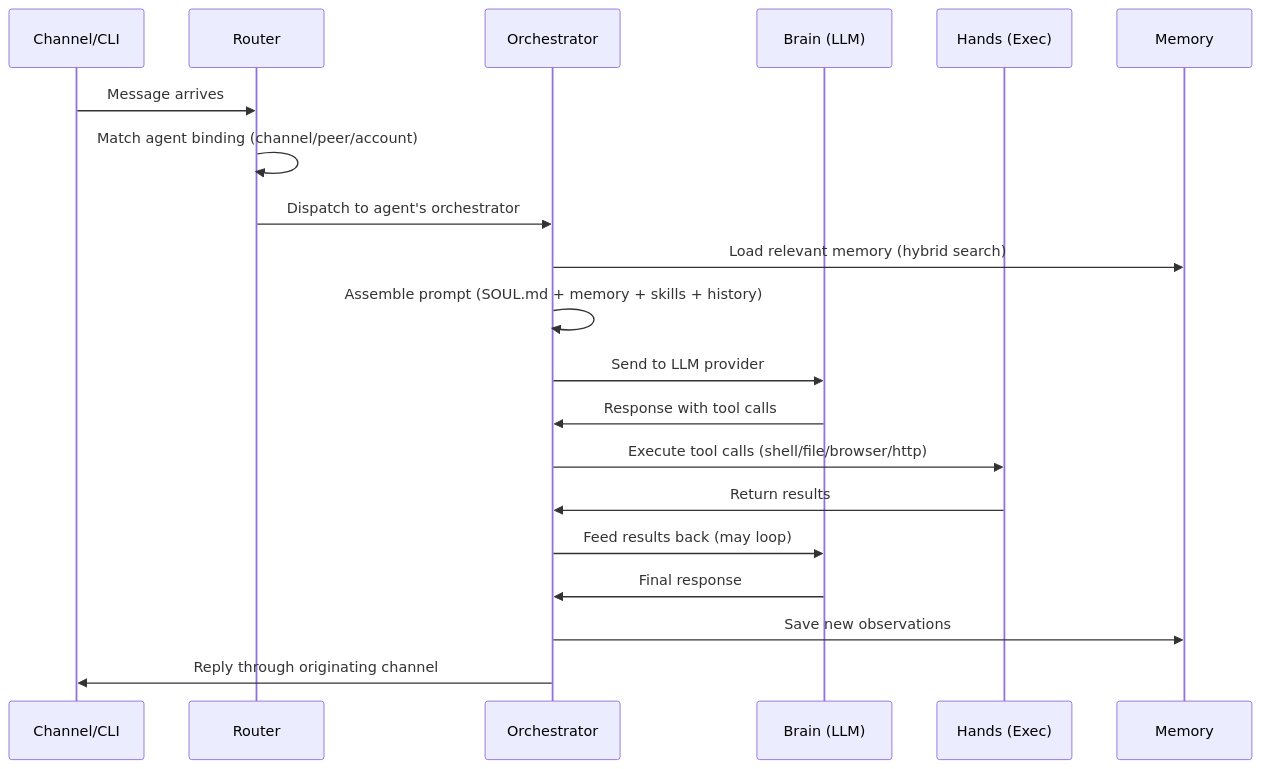
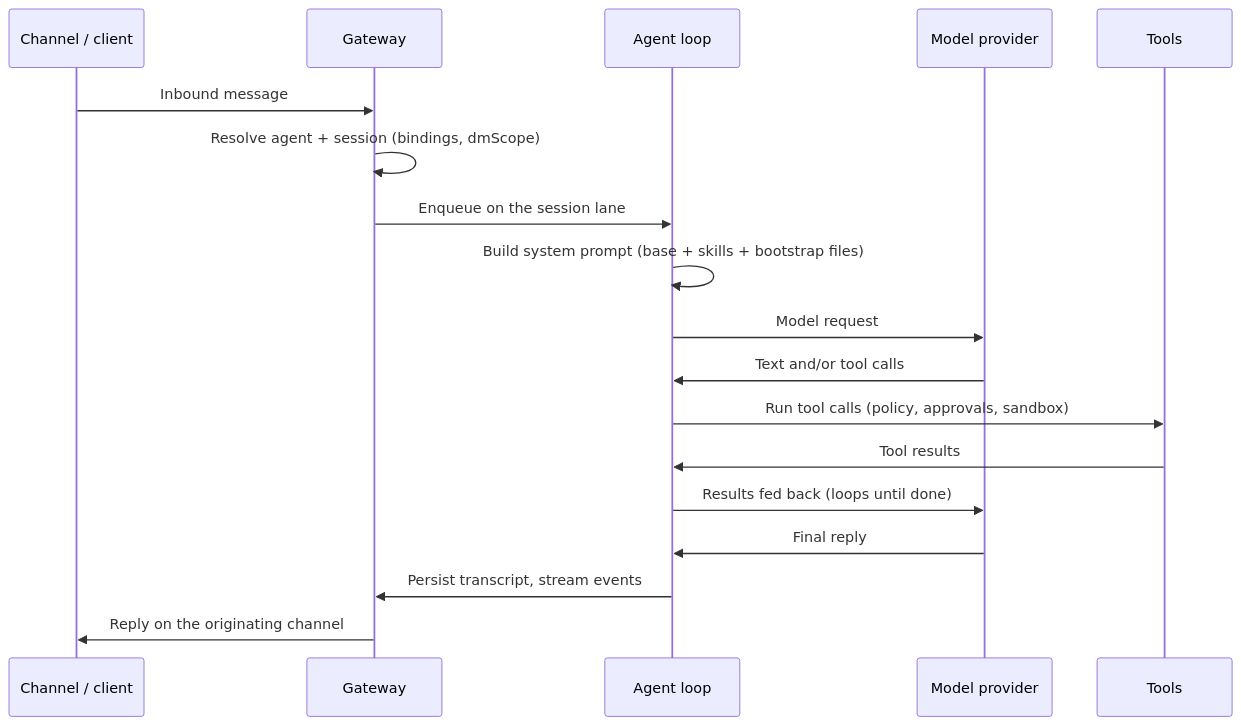
Before and after one commit to clawdocs/clawdocs.github.io: the second of 2 diagrams in docs/architecture/overview.md, drawn with Mermaid. The commit also changed other lines of this file, not shown here.

First line of the commit message:
Rewrite architecture overview onto upstream components and real paths

````diff
--- a/docs/architecture/overview.md
+++ b/docs/architecture/overview.md
@@ -65,23 +68,21 @@
 ```mermaid
 sequenceDiagram
-    participant C as Channel/CLI
-    participant R as Router
-    participant O as Orchestrator
-    participant B as Brain (LLM)
-    participant H as Hands (Exec)
-    participant M as Memory
+    participant C as Channel / client
+    participant G as Gateway
+    participant A as Agent loop
+    participant P as Model provider
+    participant T as Tools
 
-    C->>R: Message arrives
-    R->>R: Match agent binding (channel/peer/account)
-    R->>O: Dispatch to agent's orchestrator
-    O->>M: Load relevant memory (hybrid search)
-    O->>O: Assemble prompt (SOUL.md + memory + skills + history)
-    O->>B: Send to LLM provider
-    B->>O: Response with tool calls
-    O->>H: Execute tool calls (shell/file/browser/http)
-    H->>O: Return results
-    O->>B: Feed results back (may loop)
-    B->>O: Final response
-    O->>M: Save new observations
-    O->>C: Reply through originating channel
+    C->>G: Inbound message
+    G->>G: Resolve agent + session (bindings, dmScope)
+    G->>A: Enqueue on the session lane
+    A->>A: Build system prompt (base + skills + bootstrap files)
+    A->>P: Model request
+    P->>A: Text and/or tool calls
+    A->>T: Run tool calls (policy, approvals, sandbox)
+    T->>A: Tool results
+    A->>P: Results fed back (loops until done)
+    P->>A: Final reply
+    A->>G: Persist transcript, stream events
+    G->>C: Reply on the originating channel
 ```
````
